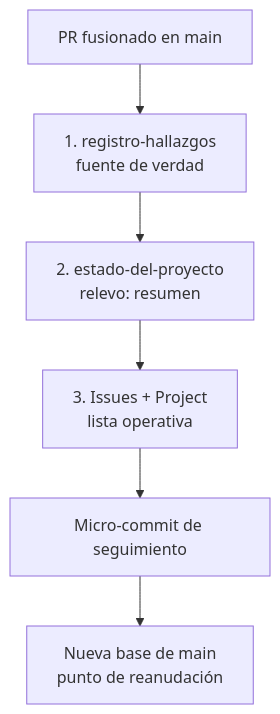
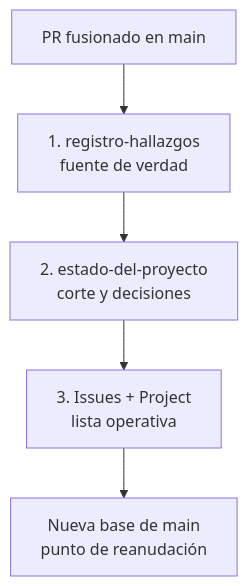
The diagram in doc/mantenimiento/README.md (ferboiar/timon), drawn with Mermaid before and after one commit. The commit also changed other lines of this file and 36 other files, not shown here.

````diff
--- a/doc/mantenimiento/README.md
+++ b/doc/mantenimiento/README.md
@@ -73,8 +81,7 @@
 ```mermaid
 flowchart TD
     A[PR fusionado en main] --> B[1. registro-hallazgos<br/>fuente de verdad]
-    B --> C[2. estado-del-proyecto<br/>relevo: resumen]
+    B --> C[2. estado-del-proyecto<br/>corte y decisiones]
     C --> D[3. Issues + Project<br/>lista operativa]
-    D --> E[Micro-commit de seguimiento]
-    E --> F[Nueva base de main<br/>punto de reanudación]
+    D --> E[Nueva base de main<br/>punto de reanudación]
 ```
````
